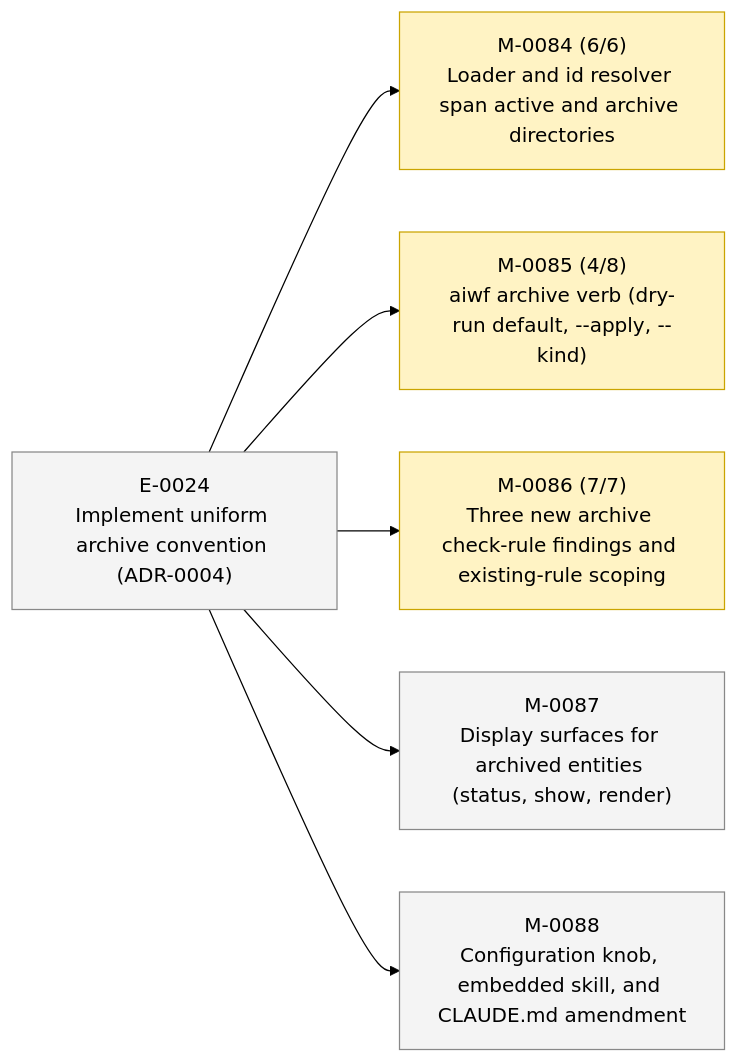
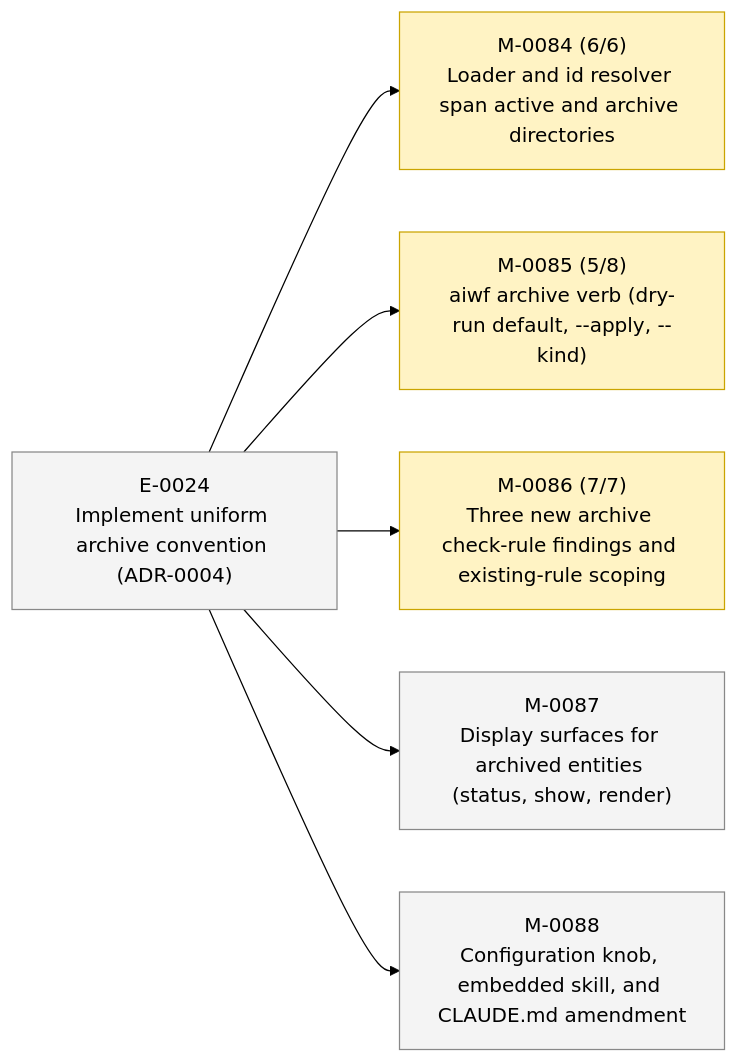
One commit to 23min/aiwf changed the second of 2 diagrams in STATUS.md. Above: the diagram before and after it, drawn with Mermaid (forest theme). The commit also changed other lines of this file and 1 other file, not shown here.

First line of the commit message:
aiwf promote M-0085/AC-5 open -> met

````diff
--- a/STATUS.md
+++ b/STATUS.md
@@ -49,20 +49,20 @@
 ```mermaid
 flowchart LR
   E_0024["E-0024<br/>Implement uniform archive convention (ADR-0004)"]:::epic_proposed
   M_0084["M-0084 (6/6)<br/>Loader and id resolver span active and archive directories"]:::ms_in_progress
   E_0024 --> M_0084
-  M_0085["M-0085 (4/8)<br/>aiwf archive verb (dry-run default, --apply, --kind)"]:::ms_in_progress
+  M_0085["M-0085 (5/8)<br/>aiwf archive verb (dry-run default, --apply, --kind)"]:::ms_in_progress
   E_0024 --> M_0085
   M_0086["M-0086 (7/7)<br/>Three new archive check-rule findings and existing-rule scoping"]:::ms_in_progress
   E_0024 --> M_0086
   M_0087["M-0087<br/>Display surfaces for archived entities (status, show, render)"]:::ms_draft
   E_0024 --> M_0087
   M_0088["M-0088<br/>Configuration knob, embedded skill, and CLAUDE.md amendment"]:::ms_draft
   E_0024 --> M_0088
   classDef epic_active fill:#d6eaff,stroke:#1a73e8,color:#000
   classDef epic_proposed fill:#f4f4f4,stroke:#888,color:#000
   classDef ms_done fill:#d8f5d8,stroke:#2a8a2a,color:#000
   classDef ms_in_progress fill:#fff3c4,stroke:#caa400,color:#000
   classDef ms_draft fill:#f4f4f4,stroke:#888,color:#000
   classDef ms_cancelled fill:#fbeaea,stroke:#c33,color:#000
 ```
````
